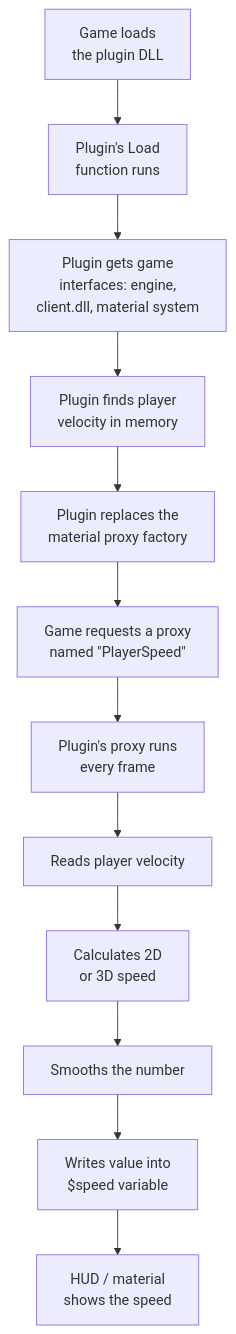
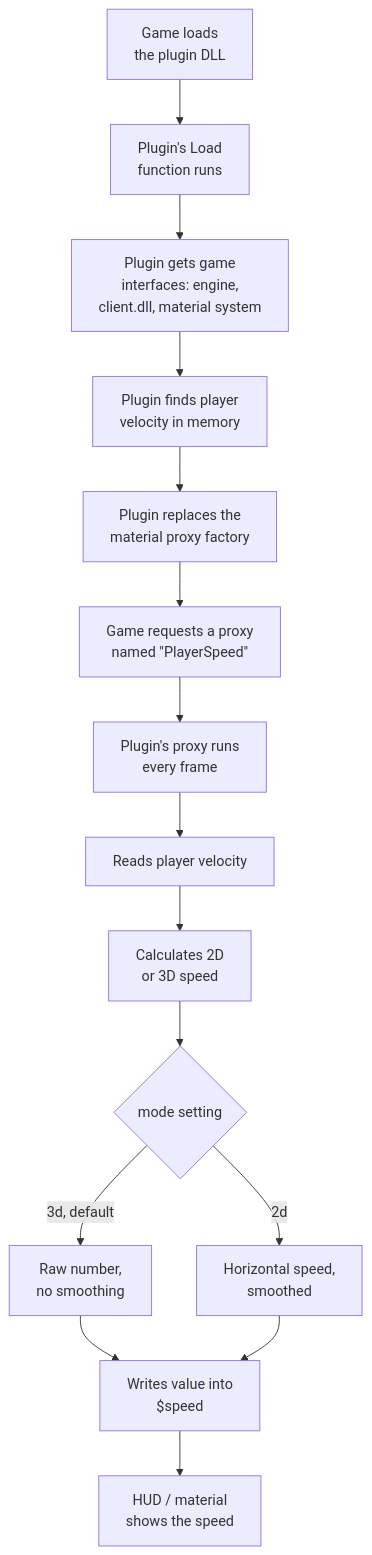
The diagram in ARCHITECTURE.md (sjrtp/l4d2_2dvel), drawn with Mermaid before and after one commit. The commit also changed other lines of this file and 1 other file, not shown here.

Commit message:
Docs: update README and ARCHITECTURE for merged $speed mode (drop $2dvel/PlayerSpeed2D references)

````diff
--- a/ARCHITECTURE.md
+++ b/ARCHITECTURE.md
@@ -9,14 +9,17 @@
 ```mermaid
 flowchart TD
     A[Game loads<br/>the plugin DLL] --> B[Plugin's Load<br/>function runs]
     B --> C[Plugin gets game<br/>interfaces: engine,<br/>client.dll, material system]
     C --> D[Plugin finds player<br/>velocity in memory]
     D --> E[Plugin replaces the<br/>material proxy factory]
     E --> F[Game requests a proxy<br/>named &quot;PlayerSpeed&quot;]
     F --> G[Plugin's proxy runs<br/>every frame]
     G --> H[Reads player velocity]
     H --> I[Calculates 2D<br/>or 3D speed]
-    I --> J[Smooths the number]
-    J --> K[Writes value into<br/>$speed variable]
-    K --> L[HUD / material<br/>shows the speed]
+    I --> J{mode setting}
+    J -->|3d, default| K1[Raw number,<br/>no smoothing]
+    J -->|2d| K2[Horizontal speed,<br/>smoothed]
+    K1 --> L[Writes value into<br/>$speed]
+    K2 --> L
+    L --> M[HUD / material<br/>shows the speed]
 ```
````
